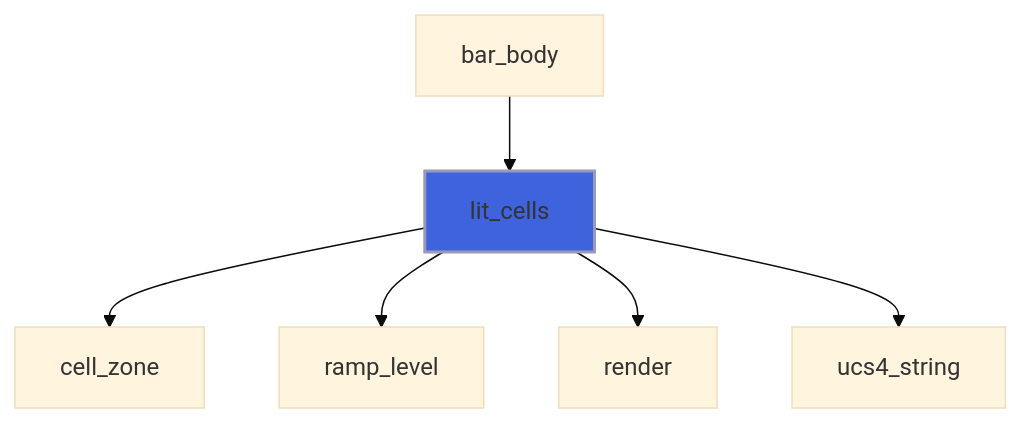
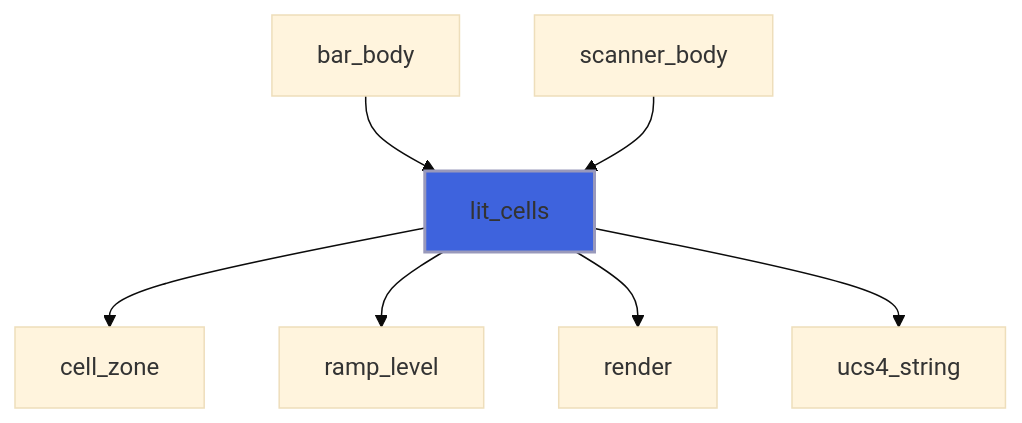
One commit to szaghi/forbear changed diagram 27 of 44 in docs/api/src/lib/forbear_bar_object.md. Above: the diagram before and after it, drawn with Mermaid (base theme). The commit also changed other lines of this file and 18 other files, not shown here.

````diff
--- a/docs/api/src/lib/forbear_bar_object.md
+++ b/docs/api/src/lib/forbear_bar_object.md
@@ -943,9 +975,10 @@
 ```mermaid
 flowchart TD
   bar_body["bar_body"] --> lit_cells["lit_cells"]
+  scanner_body["scanner_body"] --> lit_cells["lit_cells"]
   lit_cells["lit_cells"] --> cell_zone["cell_zone"]
   lit_cells["lit_cells"] --> ramp_level["ramp_level"]
   lit_cells["lit_cells"] --> render["render"]
   lit_cells["lit_cells"] --> ucs4_string["ucs4_string"]
   style lit_cells fill:#3e63dd,stroke:#99b,stroke-width:2px
 ```
````
